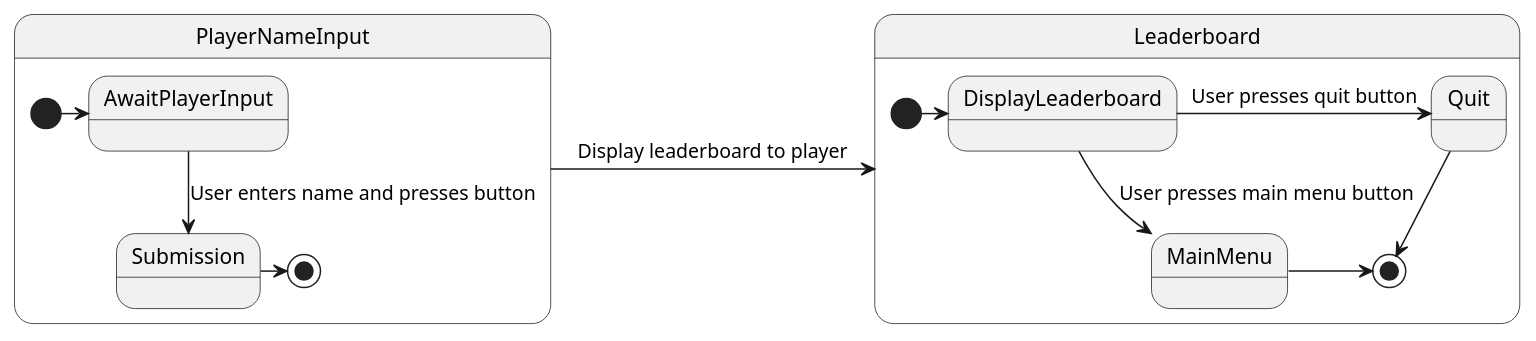
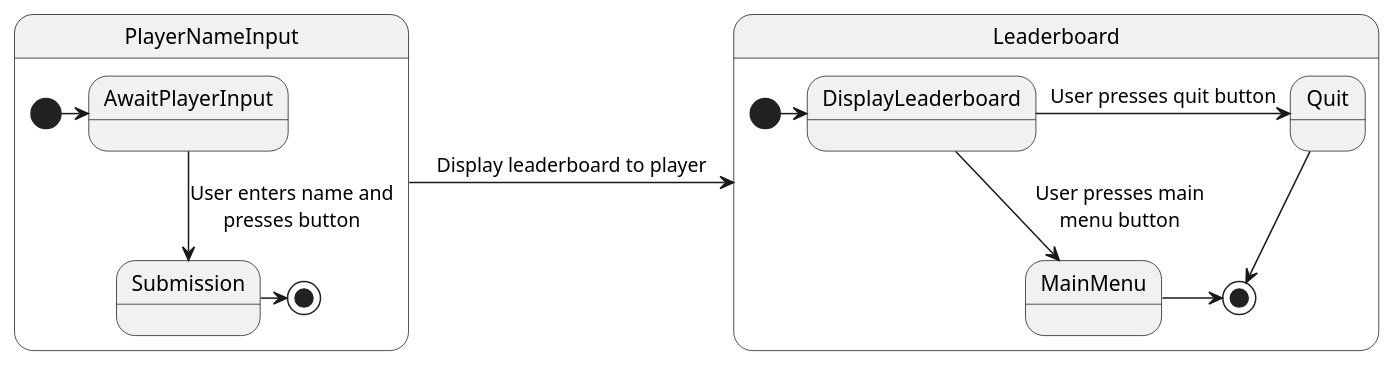
The diagram in uml/PostGameStates.puml (uoy-eng1-g6/assessment1), drawn with PlantUML before and after one commit. The commit also changed 2 other files, not shown here.

Commit message:
Added newline characters to UML code to compact the text and reduce diagram widths

```diff
--- a/uml/PostGameStates.puml
+++ b/uml/PostGameStates.puml
@@ -1,19 +1,19 @@
 @startuml
 'https://plantuml.com/state-diagram
 
 PlayerNameInput -> Leaderboard: Display leaderboard to player
 
 state PlayerNameInput {
     [*] -> AwaitPlayerInput
-    AwaitPlayerInput --> Submission: User enters name and presses button
+    AwaitPlayerInput --> Submission: User enters name and\npresses button
     Submission -> [*]
 }
 
 state Leaderboard {
     [*] -> DisplayLeaderboard
-    DisplayLeaderboard --> MainMenu: User presses main menu button
+    DisplayLeaderboard --> MainMenu: User presses main\nmenu button
     DisplayLeaderboard -> Quit: User presses quit button
     MainMenu -> [*]
     Quit --> [*]
 }
 @enduml
```
